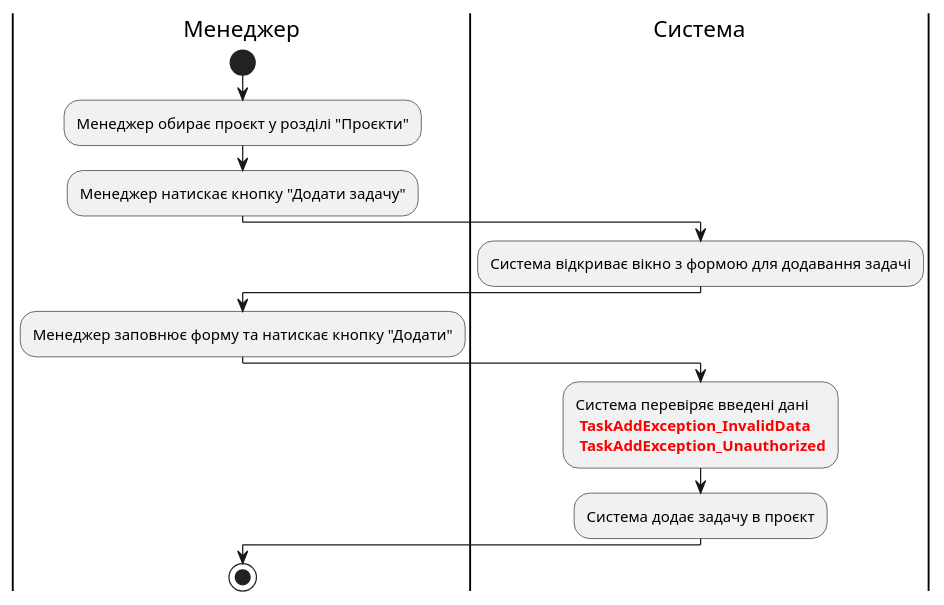
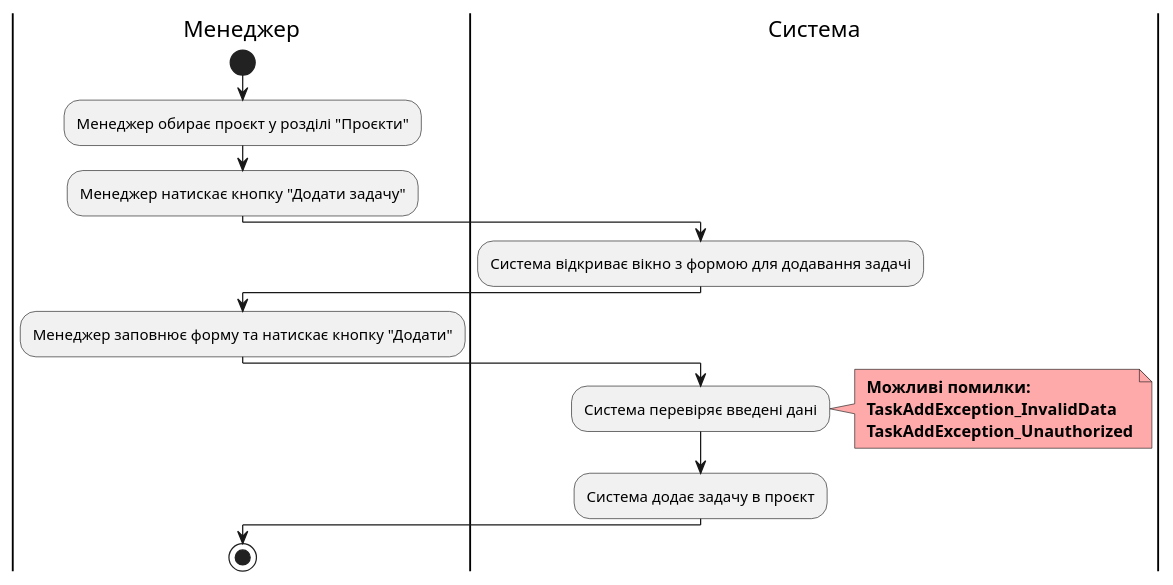
One commit to vlad13242/TaskForge changed diagram 13 of 21 in docs/use cases/README.md. Above: the diagram before and after it, drawn with PlantUML. The commit also changed other lines of this file and 1 other file, not shown here.

Commit message:
shenge all diagram errors

```diff
--- a/docs/use cases/README.md
+++ b/docs/use cases/README.md
@@ -684,19 +709,22 @@
 @startuml
 
     |Менеджер|
     start;
     :Менеджер обирає проєкт у розділі "Проєкти";
     :Менеджер натискає кнопку "Додати задачу";
     |Система|
     :Система відкриває вікно з формою для додавання задачі;
     |Менеджер|
     :Менеджер заповнює форму та натискає кнопку "Додати";
     |Система|
-    :Система перевіряє введені дані
-    <font color="red"><b> TaskAddException_InvalidData
-    <font color="red"><b> TaskAddException_Unauthorized;
+    :Система перевіряє введені дані;
+    note right #ffaaaa
+    <b> Можливі помилки:
+    <b> TaskAddException_InvalidData
+    <b> TaskAddException_Unauthorized
+    end note
     :Система додає задачу в проєкт;
     |Менеджер|
     stop;
 
 @enduml
```
